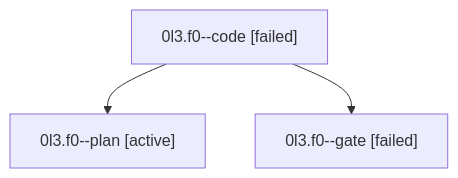
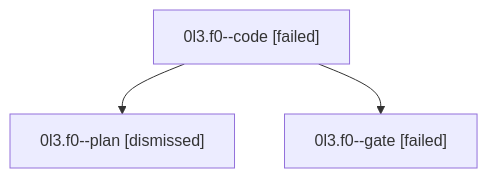
One commit to sase-org/sase--agents changed the diagram in sessions/bbugyi200.athena.0l3.f0.md. Above: the diagram before and after it, drawn with Mermaid. The commit also changed other lines of this file and 50 other files, not shown here.

````diff
--- a/sessions/bbugyi200.athena.0l3.f0.md
+++ b/sessions/bbugyi200.athena.0l3.f0.md
@@ -9,8 +9,8 @@
 ```mermaid
 flowchart TD
   n0["0l3.f0--code [failed]"]
-  n1["0l3.f0--plan [active]"]
+  n1["0l3.f0--plan [dismissed]"]
   n0 --> n1
   n2["0l3.f0--gate [failed]"]
   n0 --> n2
 ```
````
